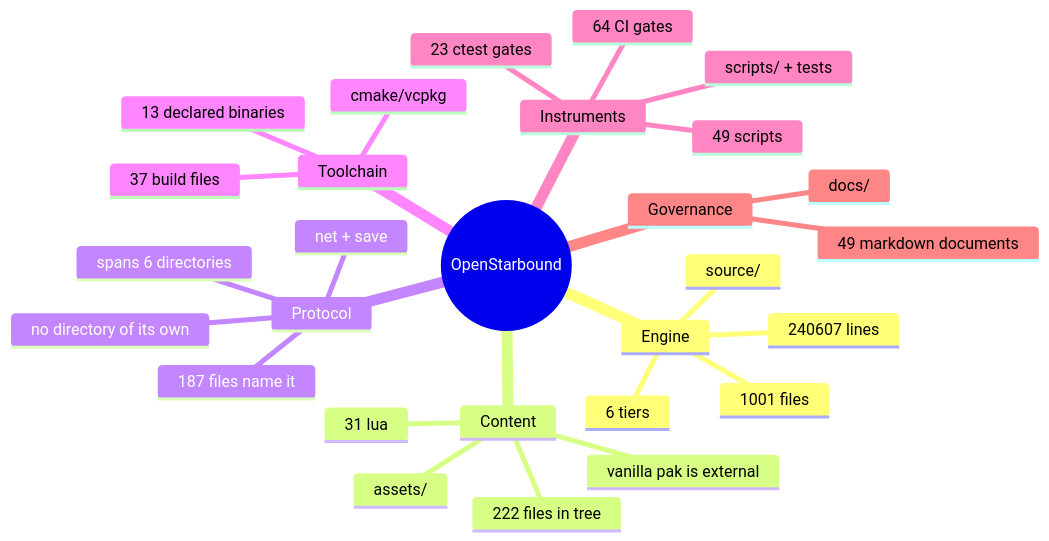
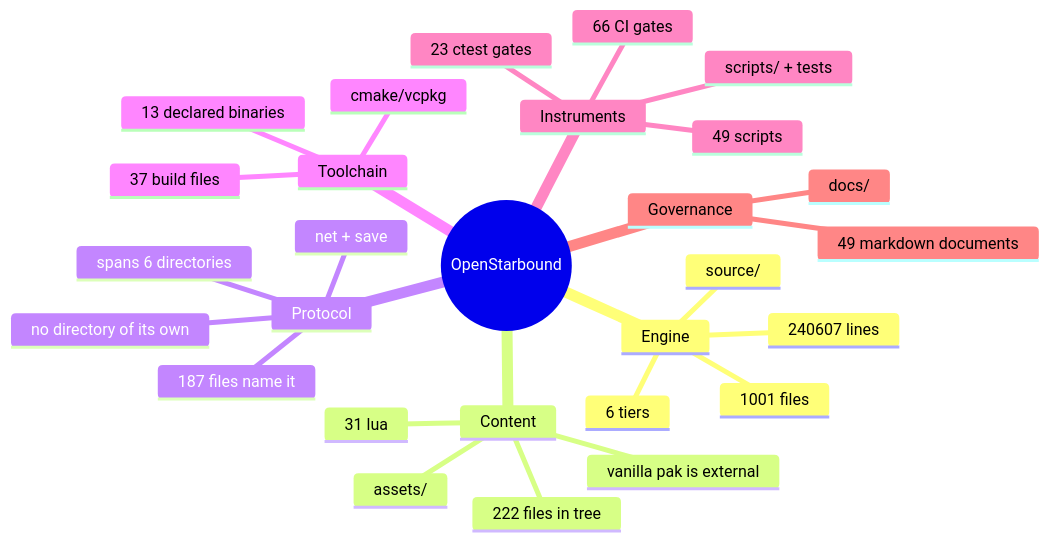
The second of 11 diagrams in docs/architecture/system-boundaries.md (apnex/OpenStarbound), drawn with Mermaid before and after one commit. The commit also changed 3 other files, not shown here.

````diff
--- a/docs/architecture/system-boundaries.md
+++ b/docs/architecture/system-boundaries.md
@@ -166,31 +166,31 @@
 ```mermaid
 mindmap
   root((OpenStarbound))
     Engine
       source/
       1001 files
       240607 lines
       6 tiers
     Content
       assets/
       222 files in tree
       31 lua
       vanilla pak is external
     Protocol
       net + save
       187 files name it
       spans 6 directories
       no directory of its own
     Toolchain
       cmake/vcpkg
       37 build files
       13 declared binaries
     Instruments
       scripts/ + tests
       49 scripts
       23 ctest gates
-      64 CI gates
+      66 CI gates
     Governance
       docs/
       49 markdown documents
 ```
````
